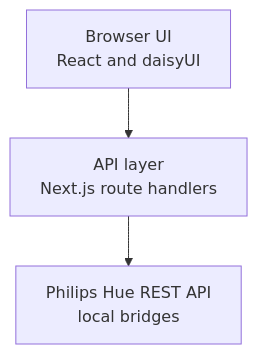
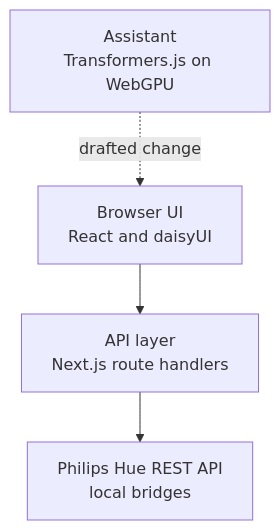
One commit to seesharprun/hue-browser changed the diagram in readme.md. Above: the diagram before and after it, drawn with Mermaid. The commit also changed other lines of this file and 22 other files, not shown here.

````diff
--- a/readme.md
+++ b/readme.md
@@ -90,5 +94,6 @@
 ```mermaid
 flowchart TD
     A[Browser UI<br/>React and daisyUI] --> B[API layer<br/>Next.js route handlers]
     B --> C[Philips Hue REST API<br/>local bridges]
+    D[Assistant<br/>Transformers.js on WebGPU] -.->|drafted change| A
 ```
````
